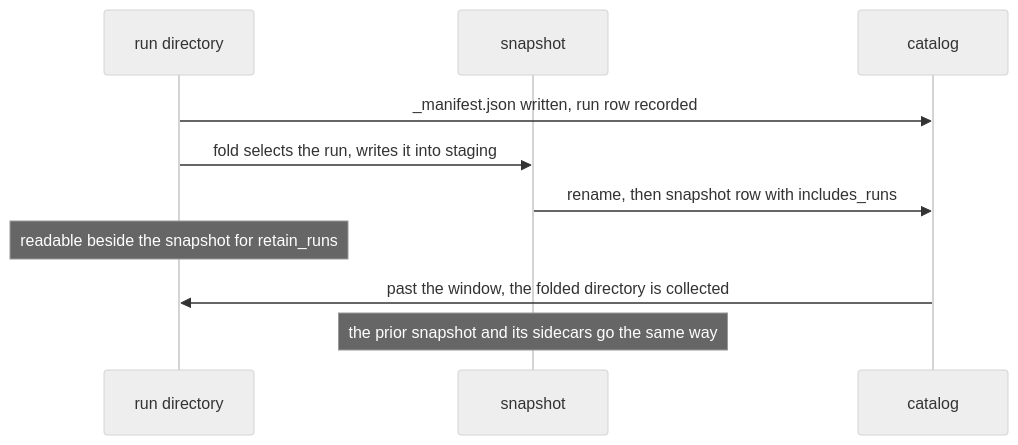
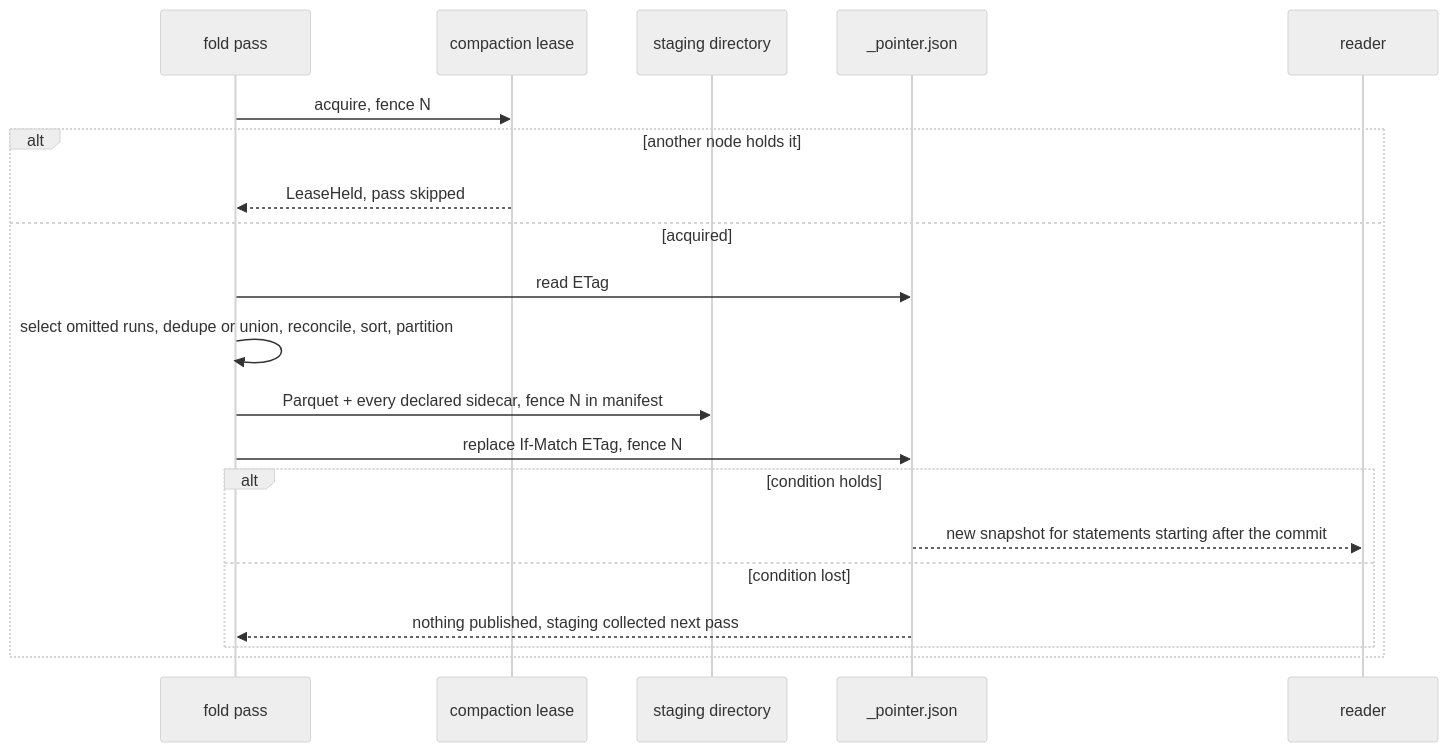
One commit to fractalboxdev/contextful changed the second of 5 diagrams in spec/10-store.md. Above: the diagram before and after it, drawn with Mermaid (neutral theme). The commit also changed other lines of this file and 471 other files, not shown here.

````diff
--- a/spec/10-store.md
+++ b/spec/10-store.md
@@ -413,12 +172,23 @@
 ```mermaid
 sequenceDiagram
-  participant R as run directory
-  participant S as snapshot
-  participant C as catalog
-  R->>C: _manifest.json written, run row recorded
-  R->>S: fold selects the run, writes it into staging
-  S->>C: rename, then snapshot row with includes_runs
-  Note over R: readable beside the snapshot for retain_runs
-  C->>R: past the window, the folded directory is collected
-  Note over S: the prior snapshot and its sidecars go the same way
+  participant F as fold pass
+  participant L as compaction lease
+  participant S as staging directory
+  participant P as _pointer.json
+  participant R as reader
+
+  F->>L: acquire, fence N
+  alt another node holds it
+    L-->>F: LeaseHeld, pass skipped
+  else acquired
+    F->>P: read ETag
+    F->>F: select omitted runs, dedupe or union, reconcile, sort, partition
+    F->>S: Parquet + every declared sidecar, fence N in manifest
+    F->>P: replace If-Match ETag, fence N
+    alt condition holds
+      P-->>R: new snapshot for statements starting after the commit
+    else condition lost
+      P-->>F: nothing published, staging collected next pass
+    end
+  end
 ```
````
